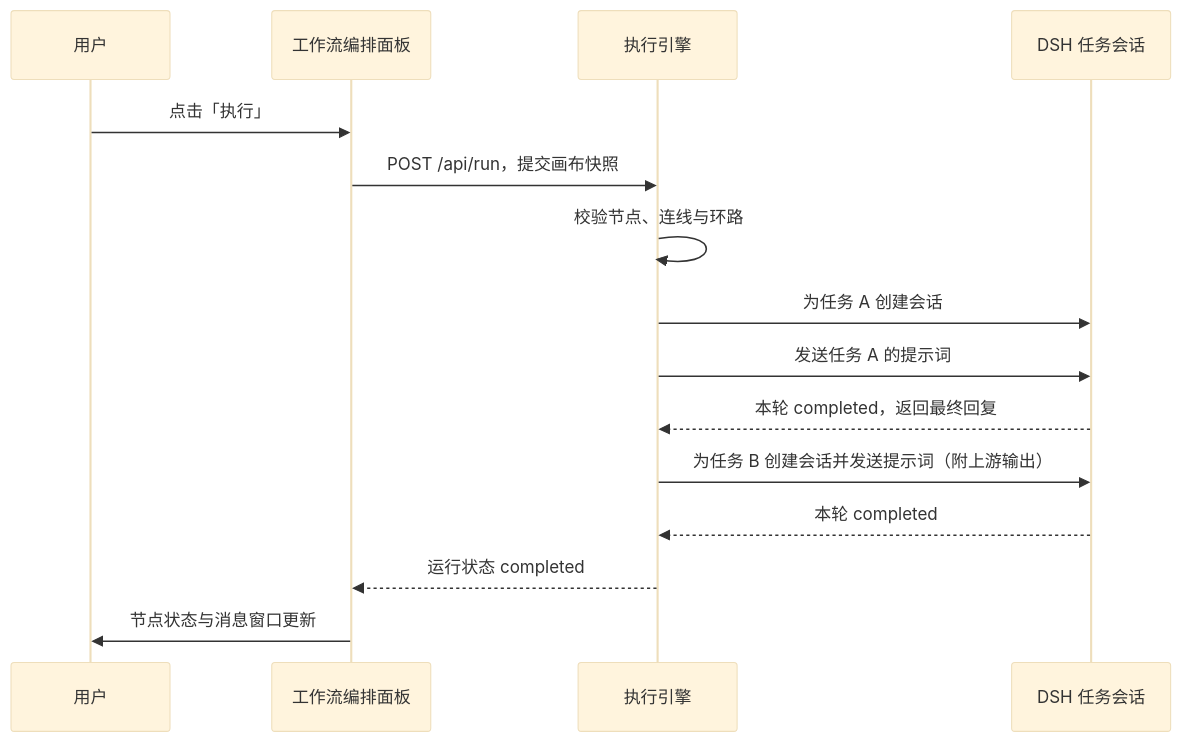
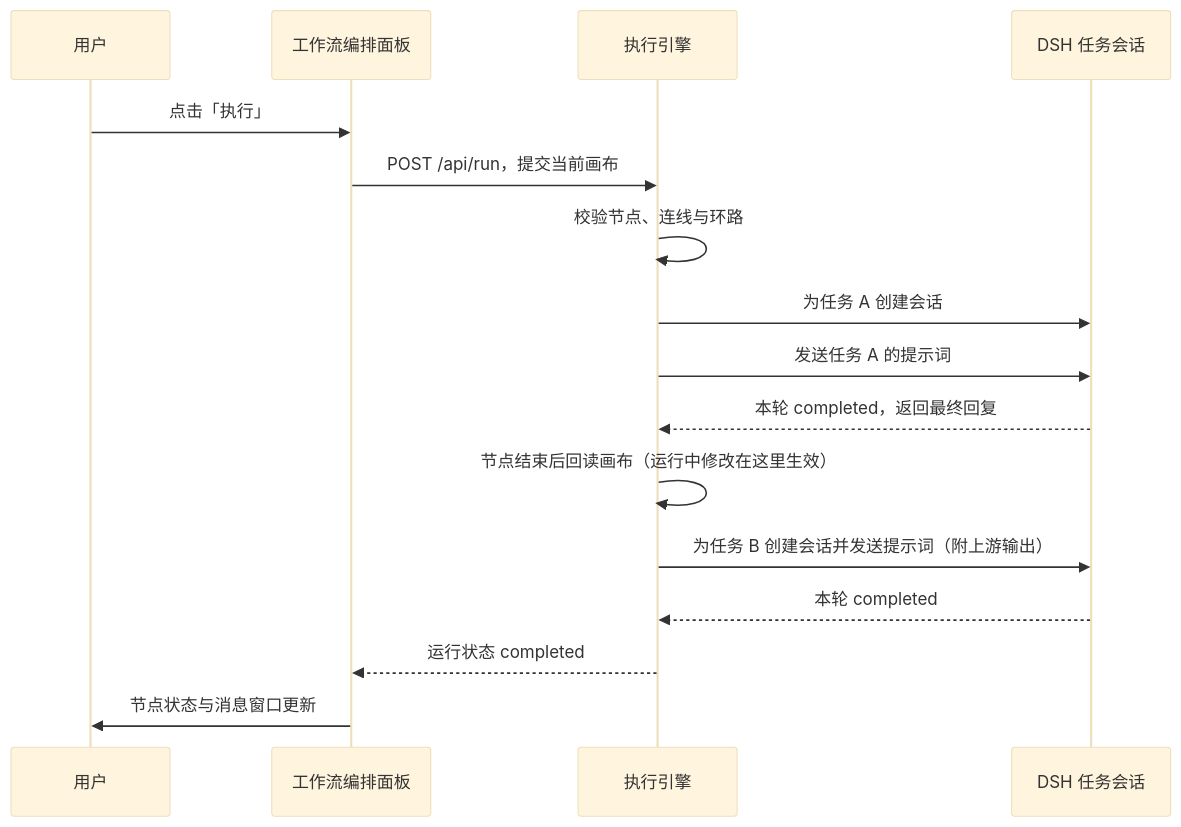
One commit to czyt1988/dsh-workflow-orchestrator changed the fourth of 4 diagrams in docs/user/running-and-monitoring.md. Above: the diagram before and after it, drawn with Mermaid (base theme). The commit also changed other lines of this file and 11 other files, not shown here.

First line of the commit message:
docs: document the live graph and refresh source line anchors

````diff
--- a/docs/user/running-and-monitoring.md
+++ b/docs/user/running-and-monitoring.md
@@ -195,17 +195,18 @@
 ```mermaid
 sequenceDiagram
   participant U as 用户
   participant P as 工作流编排面板
   participant E as 执行引擎
   participant S as DSH 任务会话
   U->>P: 点击「执行」
-  P->>E: POST /api/run，提交画布快照
+  P->>E: POST /api/run，提交当前画布
   E->>E: 校验节点、连线与环路
   E->>S: 为任务 A 创建会话
   E->>S: 发送任务 A 的提示词
   S-->>E: 本轮 completed，返回最终回复
+  E->>E: 节点结束后回读画布（运行中修改在这里生效）
   E->>S: 为任务 B 创建会话并发送提示词（附上游输出）
   S-->>E: 本轮 completed
   E-->>P: 运行状态 completed
   P->>U: 节点状态与消息窗口更新
 ```
````
